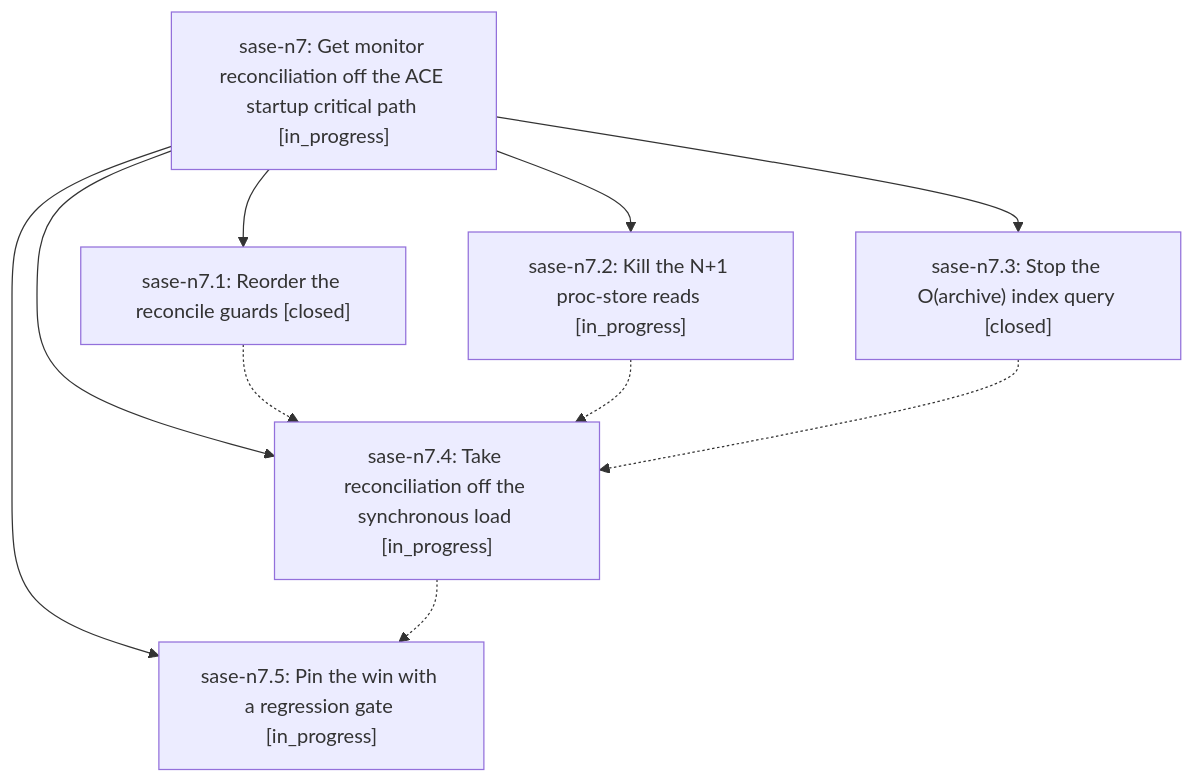
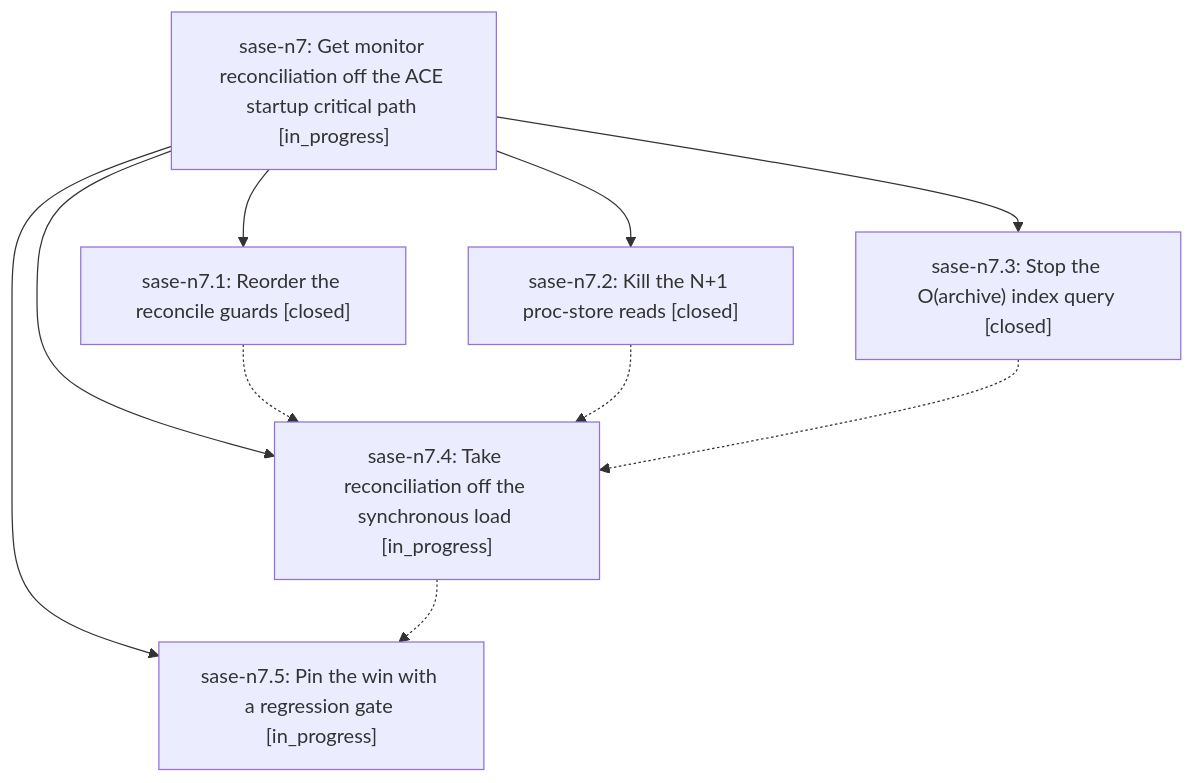
Before and after one commit to sase-org/sase--beads: the diagram in pages/sase-n7/README.md, drawn with Mermaid. The commit also changed other lines of this file and 2 other files, not shown here.

First line of the commit message:
chore(beads): sync bead state and pages for sase-n7

````diff
--- a/pages/sase-n7/README.md
+++ b/pages/sase-n7/README.md
@@ -26,18 +26,18 @@
 ```mermaid
 flowchart TD
     n0["sase-n7: Get monitor reconciliation off the ACE startup critical path [in_progress]"]
     n1["sase-n7.1: Reorder the reconcile guards [closed]"]
-    n2["sase-n7.2: Kill the N+1 proc-store reads [in_progress]"]
+    n2["sase-n7.2: Kill the N+1 proc-store reads [closed]"]
     n3["sase-n7.3: Stop the O(archive) index query [closed]"]
     n4["sase-n7.4: Take reconciliation off the synchronous load [in_progress]"]
     n5["sase-n7.5: Pin the win with a regression gate [in_progress]"]
     n0 --> n1
     n0 --> n2
     n0 --> n3
     n0 --> n4
     n0 --> n5
     n1 -.-> n4
     n2 -.-> n4
     n3 -.-> n4
     n4 -.-> n5
 ```
````
